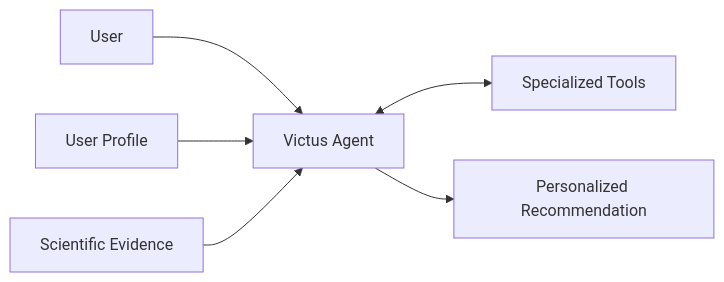
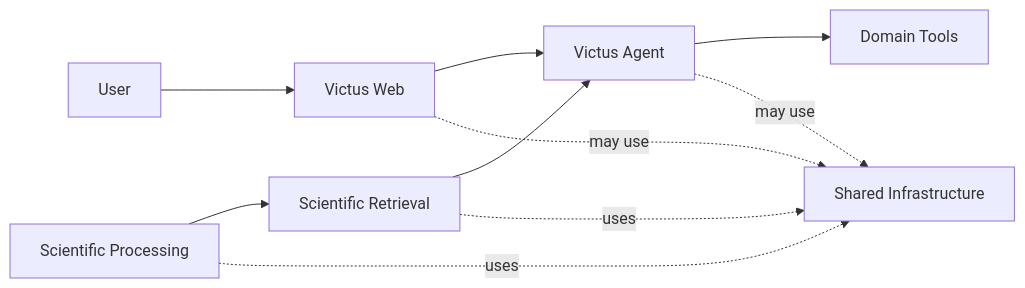
Before and after one commit to CarlosGebard/victus-docs: the diagram in home.md, drawn with Mermaid. The commit also changed other lines of this file, not shown here.

````diff
--- a/home.md
+++ b/home.md
@@ -34,15 +100,21 @@
 ```mermaid
-flowchart LR
+graph LR
     User[User]
-    Profile[User Profile]
-    Evidence[Scientific Evidence]
+    Fullstack[Victus Web]
     Agent[Victus Agent]
-    Tools[Specialized Tools]
-    Recommendation[Personalized Recommendation]
+    Retrieval[Scientific Retrieval]
+    Processing[Scientific Processing]
+    Tools[Domain Tools]
+    Infra[Shared Infrastructure]
 
-    User --> Agent
-    Profile --> Agent
-    Evidence --> Agent
-    Agent <--> Tools
-    Agent --> Recommendation
+    User --> Fullstack
+    Fullstack --> Agent
+    Processing --> Retrieval
+    Retrieval --> Agent
+    Agent --> Tools
+
+    Processing -. uses .-> Infra
+    Retrieval -. uses .-> Infra
+    Agent -. may use .-> Infra
+    Fullstack -. may use .-> Infra
 ```
````
